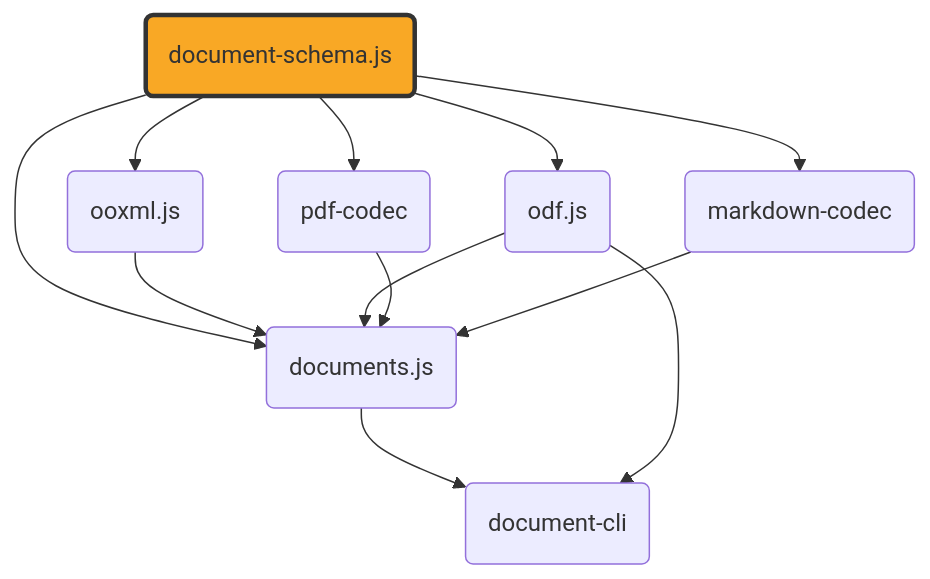
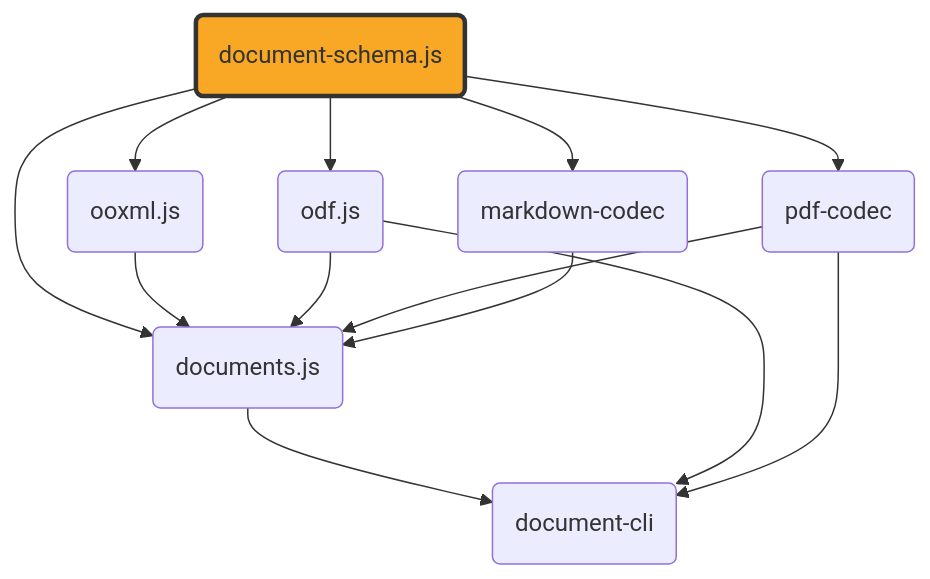
Before and after one commit to ExaDev/documents.js: the diagram in packages/document-schema.js/README.md, drawn with Mermaid. The commit also changed other lines of this file, not shown here.

````diff
--- a/packages/document-schema.js/README.md
+++ b/packages/document-schema.js/README.md
@@ -9,32 +9,33 @@
 ```mermaid
 graph TD
     schema("document-schema.js")
     ooxml("ooxml.js")
     odf("odf.js")
     pdfcodec("pdf-codec")
     mdcodec("markdown-codec")
     documents("documents.js")
     cli("document-cli")
 
     schema --> ooxml
     schema --> odf
     schema --> pdfcodec
     schema --> mdcodec
     schema --> documents
     ooxml --> documents
     odf --> documents
     pdfcodec --> documents
     mdcodec --> documents
     documents --> cli
     odf --> cli
+    pdfcodec --> cli
 
     click schema "https://github.com/ExaDev/document-schema.js" "document-schema.js"
     click ooxml "https://github.com/ExaDev/ooxml.js" "ooxml.js"
     click odf "https://github.com/ExaDev/odf.js" "odf.js"
     click pdfcodec "https://github.com/ExaDev/pdf-codec" "pdf-codec"
     click mdcodec "https://github.com/ExaDev/markdown-codec" "markdown-codec"
     click documents "https://github.com/ExaDev/documents.js" "documents.js"
     click cli "https://github.com/ExaDev/document-cli" "document-cli"
 
     style schema fill:#f9a825,stroke:#333,stroke-width:3px
 ```
````
